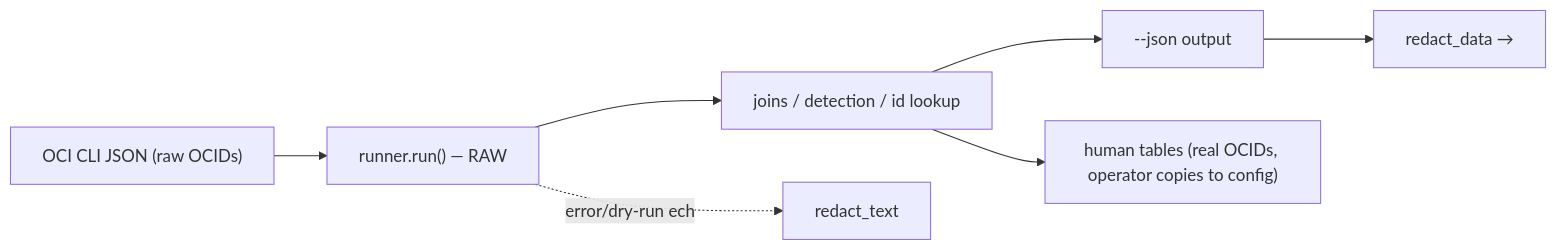
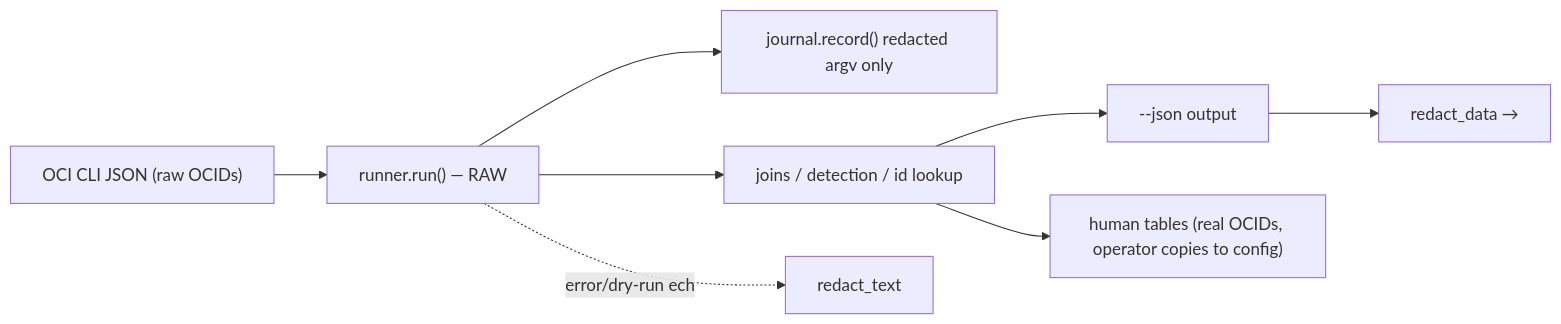
The eighth of 10 diagrams in docs/architecture.md (adibirzu/oci-dbman-opsi), drawn with Mermaid before and after one commit. The commit also changed other lines of this file and 7 other files, not shown here.

````diff
--- a/docs/architecture.md
+++ b/docs/architecture.md
@@ -139,8 +184,9 @@
 ```mermaid
 flowchart LR
   OCI["OCI CLI JSON (raw OCIDs)"] --> Runner["runner.run() — RAW"]
+  Runner --> Journal["journal.record() redacted argv only"]
   Runner --> Logic["joins / detection / id lookup"]
   Logic --> JSONOut["--json output"] --> Redact["redact_data → <OCI_OCID>"]
   Logic --> Human["human tables (real OCIDs, operator copies to config)"]
   Runner -.error/dry-run echo.-> RedErr["redact_text"]
 ```
````
